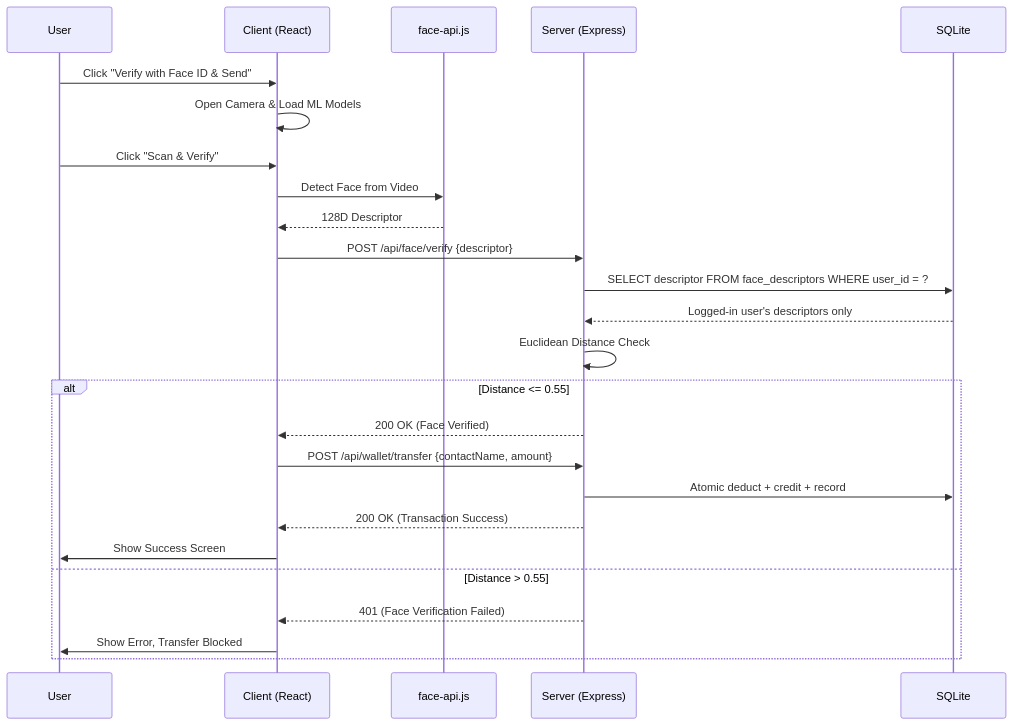
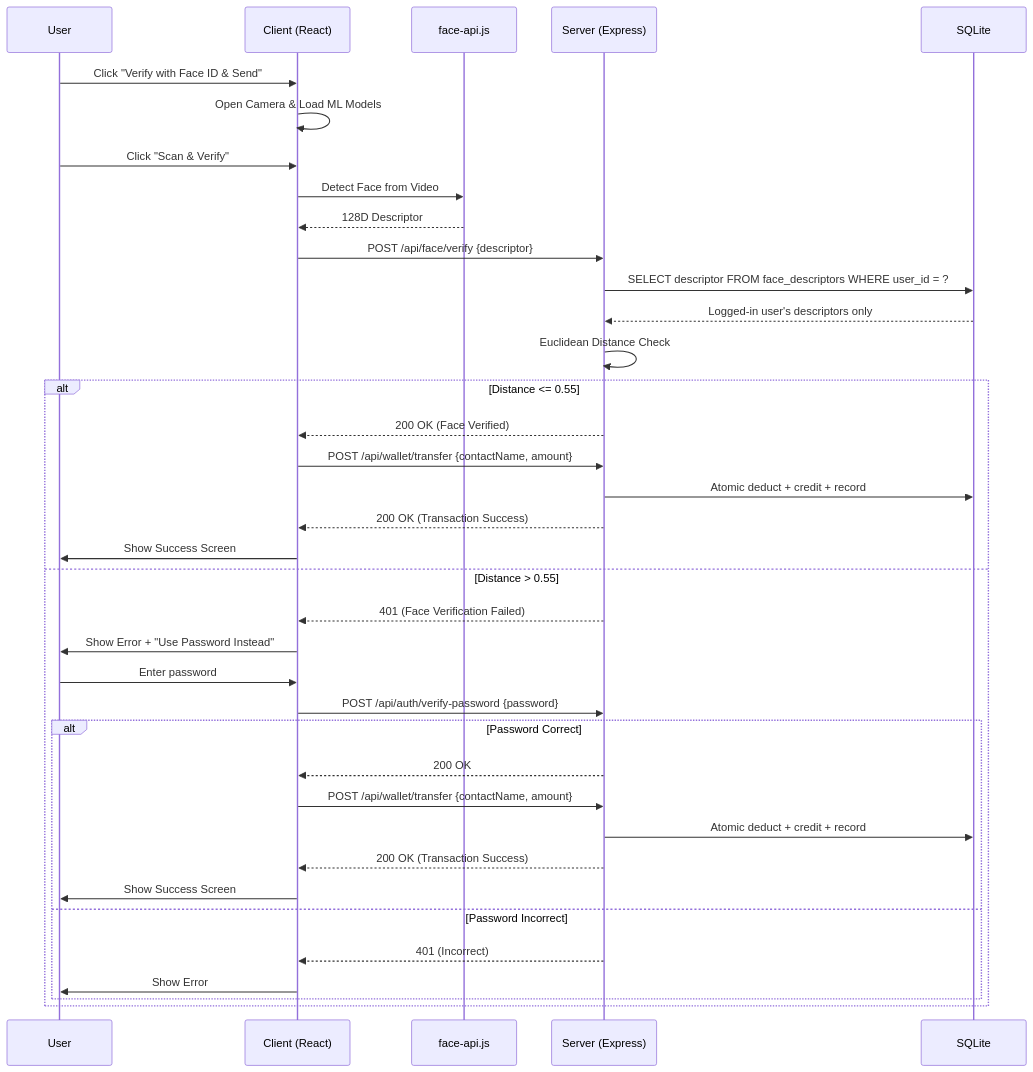
Before and after one commit to miran786/face_login: the fourth of 6 diagrams in README.md, drawn with Mermaid. The commit also changed other lines of this file and 17 other files, not shown here.

````diff
--- a/README.md
+++ b/README.md
@@ -143,28 +212,40 @@
 ```mermaid
 sequenceDiagram
     participant U as User
     participant C as Client (React)
     participant ML as face-api.js
     participant S as Server (Express)
     participant DB as SQLite
 
     U->>C: Click "Verify with Face ID & Send"
     C->>C: Open Camera & Load ML Models
     U->>C: Click "Scan & Verify"
     C->>ML: Detect Face from Video
     ML-->>C: 128D Descriptor
     C->>S: POST /api/face/verify {descriptor}
     S->>DB: SELECT descriptor FROM face_descriptors WHERE user_id = ?
     DB-->>S: Logged-in user's descriptors only
     S->>S: Euclidean Distance Check
     alt Distance <= 0.55
         S-->>C: 200 OK (Face Verified)
         C->>S: POST /api/wallet/transfer {contactName, amount}
         S->>DB: Atomic deduct + credit + record
         S-->>C: 200 OK (Transaction Success)
         C->>U: Show Success Screen
     else Distance > 0.55
         S-->>C: 401 (Face Verification Failed)
-        C->>U: Show Error, Transfer Blocked
+        C->>U: Show Error + "Use Password Instead"
+        U->>C: Enter password
+        C->>S: POST /api/auth/verify-password {password}
+        alt Password Correct
+            S-->>C: 200 OK
+            C->>S: POST /api/wallet/transfer {contactName, amount}
+            S->>DB: Atomic deduct + credit + record
+            S-->>C: 200 OK (Transaction Success)
+            C->>U: Show Success Screen
+        else Password Incorrect
+            S-->>C: 401 (Incorrect)
+            C->>U: Show Error
+        end
     end
 ```
````
